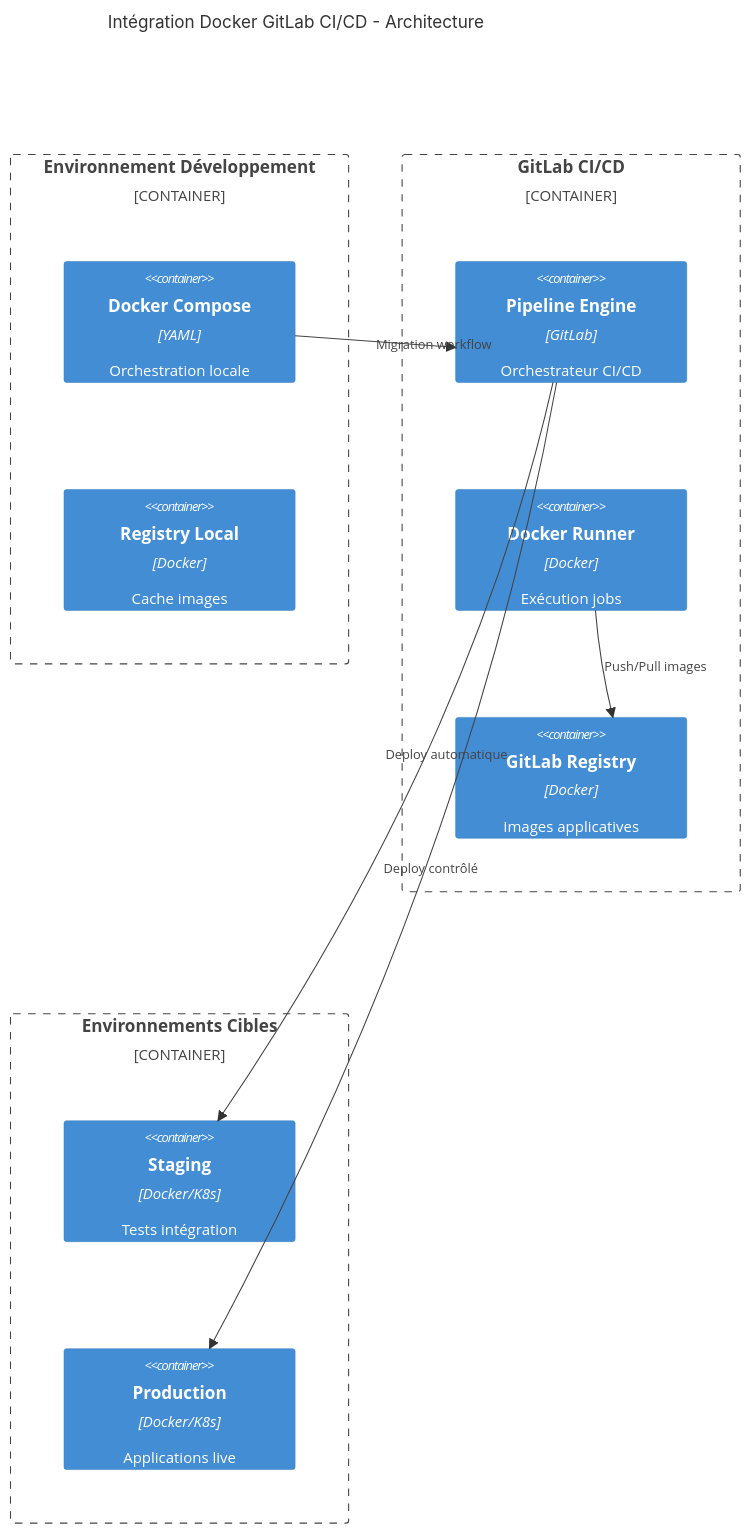
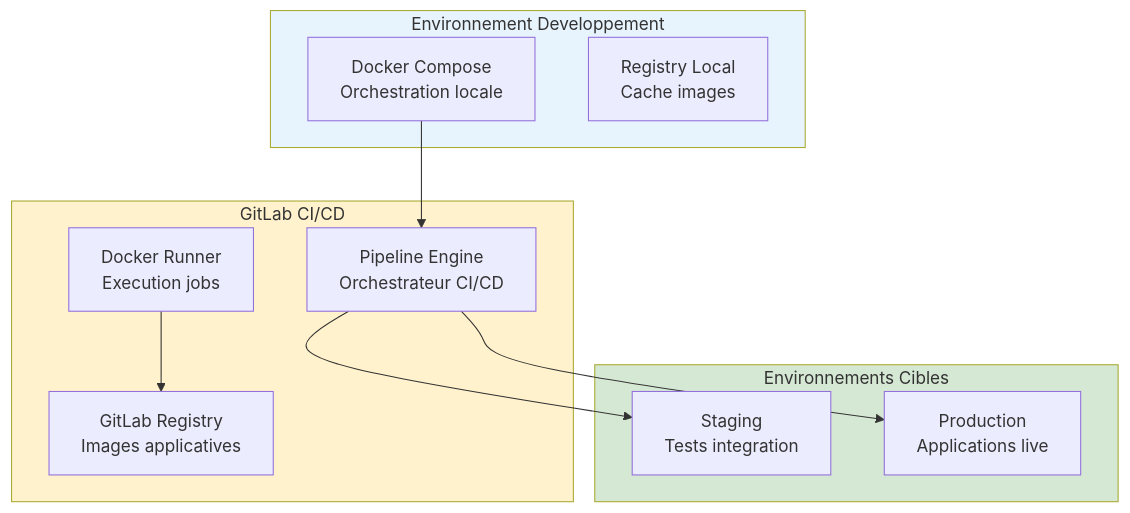
One commit to hassanaym83/Formation_Devops changed diagram 29 of 37 in Sprint2-Containerisation-CICD/Semaine-3-GitLab-CICD/cours/S2_S3_Seance1_introduction_gitlab_ci.md. Above: the diagram before and after it, drawn with Mermaid. The commit also changed other lines of this file and 2 other files, not shown here.

Commit message:
Brief Semaine3 Sprint2 Validated

````diff
--- a/Sprint2-Containerisation-CICD/Semaine-3-GitLab-CICD/cours/S2_S3_Seance1_introduction_gitlab_ci.md
+++ b/Sprint2-Containerisation-CICD/Semaine-3-GitLab-CICD/cours/S2_S3_Seance1_introduction_gitlab_ci.md
@@ -2773,25 +2776,27 @@
 ```mermaid
-C4Container
-    title Intégration Docker GitLab CI/CD - Architecture
+graph TB
+    subgraph dev ["Environnement Developpement"]
+        compose["Docker Compose<br/>Orchestration locale"]
+        local_registry["Registry Local<br/>Cache images"]
+    end
 
-    Container_Boundary(dev, "Environnement Développement") {
-        Container(compose, "Docker Compose", "YAML", "Orchestration locale")
-        Container(local_registry, "Registry Local", "Docker", "Cache images")
-    }
+    subgraph cicd ["GitLab CI/CD"]
+        pipeline["Pipeline Engine<br/>Orchestrateur CI/CD"]
+        docker_runner["Docker Runner<br/>Execution jobs"]
+        registry["GitLab Registry<br/>Images applicatives"]
+    end
 
-    Container_Boundary(cicd, "GitLab CI/CD") {
-        Container(pipeline, "Pipeline Engine", "GitLab", "Orchestrateur CI/CD")
-        Container(docker_runner, "Docker Runner", "Docker", "Exécution jobs")
-        Container(registry, "GitLab Registry", "Docker", "Images applicatives")
-    }
+    subgraph deploy ["Environnements Cibles"]
+        staging["Staging<br/>Tests integration"]
+        production["Production<br/>Applications live"]
+    end
 
-    Container_Boundary(deploy, "Environnements Cibles") {
-        Container(staging, "Staging", "Docker/K8s", "Tests intégration")
-        Container(production, "Production", "Docker/K8s", "Applications live")
-    }
+    compose --> pipeline
+    docker_runner --> registry
+    pipeline --> staging
+    pipeline --> production
 
-    Rel(compose, pipeline, "Migration workflow")
-    Rel(docker_runner, registry, "Push/Pull images")
-    Rel(pipeline, staging, "Deploy automatique")
-    Rel(pipeline, production, "Deploy contrôlé")
+    style dev fill:#e8f4fd
+    style cicd fill:#fff2cc
+    style deploy fill:#d5e8d4
 ```
````
